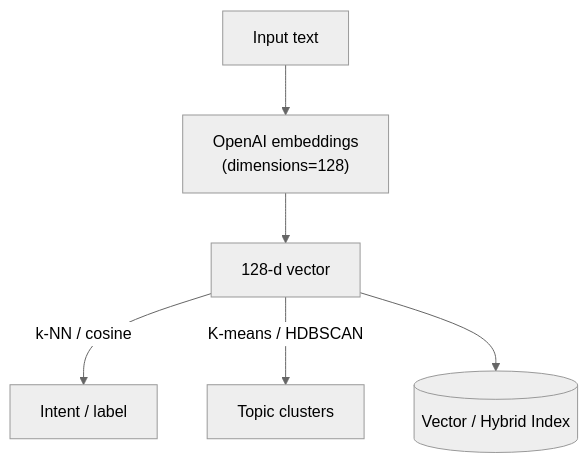
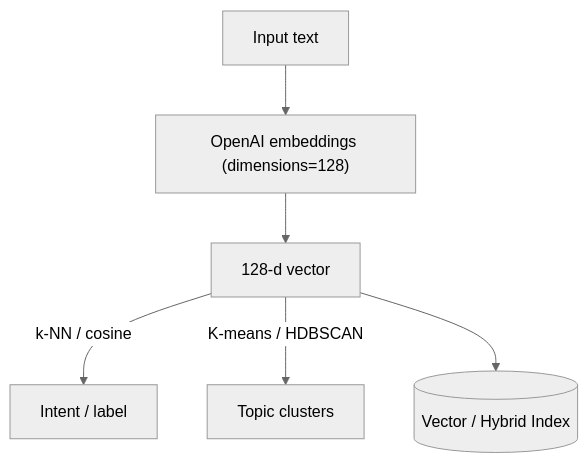
The seventh of 9 diagrams in 6-patterns.md (dmitry-buykin/llm-lab-katas), drawn with Mermaid (neutral theme) before and after one commit. The commit also changed other lines of this file, not shown here.

````diff
--- a/6-patterns.md
+++ b/6-patterns.md
@@ -214,8 +214,8 @@
 ```mermaid
 flowchart TD
-    RawText["Input text"] --> Embed["OpenAI embeddings\n(dimensions=128)"]
+    RawText["Input text"] --> Embed["OpenAI embeddings (dimensions=128)"]
     Embed --> LowDimVec["128-d vector"]
     LowDimVec -->|k-NN / cosine| Classifier["Intent / label"]
     LowDimVec -->|K-means / HDBSCAN| Clusterer["Topic clusters"]
     LowDimVec --> Index[(Vector / Hybrid Index)]
 ```
````
